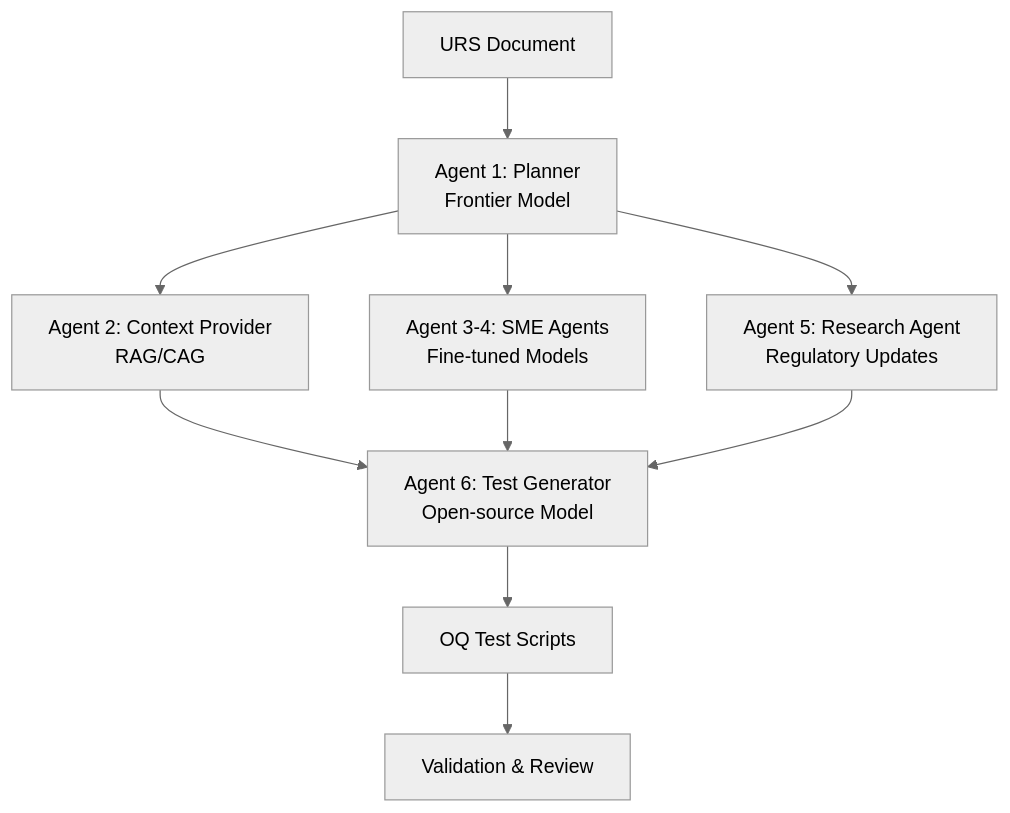
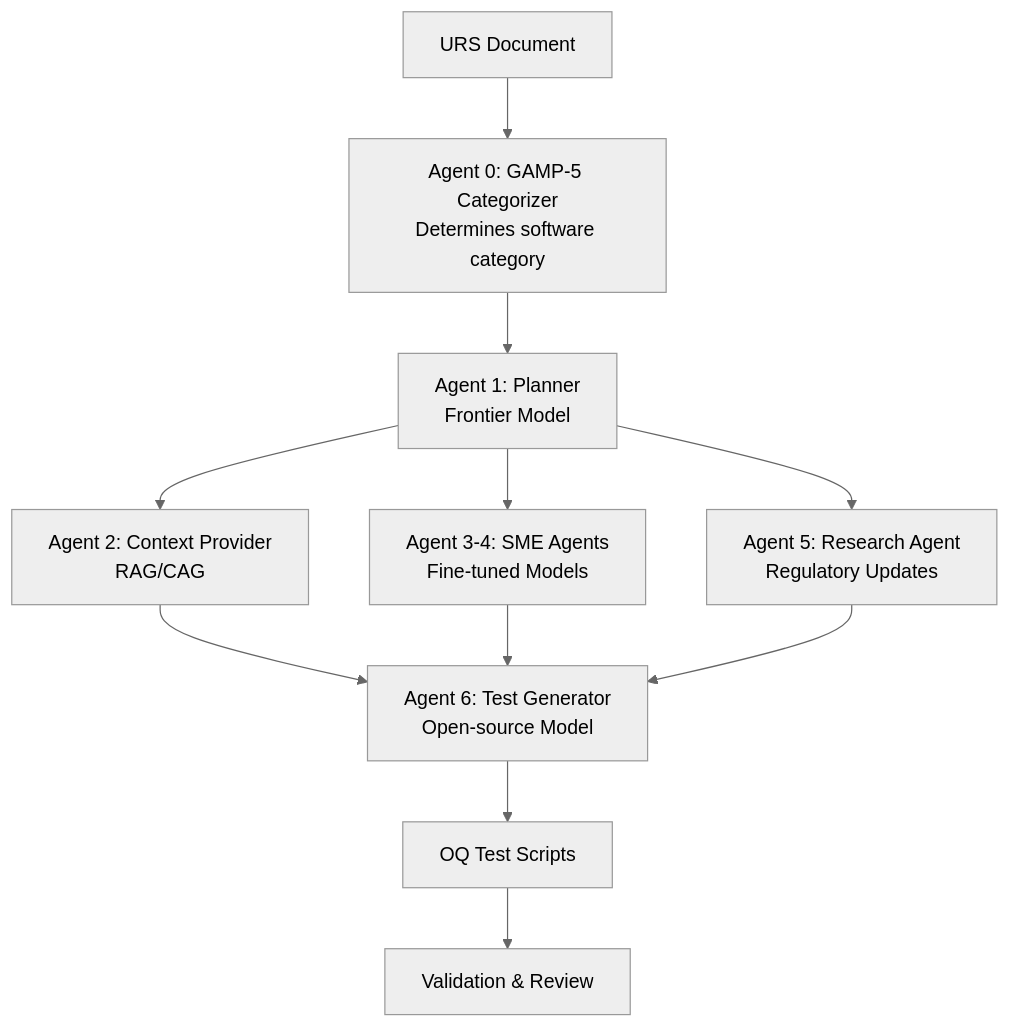
One commit to Danik911/thesis_project changed the diagram in README.md. Above: the diagram before and after it, drawn with Mermaid (neutral theme). The commit also changed other lines of this file and 2 other files, not shown here.

Commit message:
update readme with new architecture

````diff
--- a/README.md
+++ b/README.md
@@ -20,12 +20,13 @@
 ```mermaid
 graph TD
-    A[URS Document] --> B[Agent 1: Planner<br/>Frontier Model]
-    B --> C[Agent 2: Context Provider<br/>RAG/CAG]
-    B --> D[Agent 3-4: SME Agents<br/>Fine-tuned Models]
-    B --> E[Agent 5: Research Agent<br/>Regulatory Updates]
-    C --> F[Agent 6: Test Generator<br/>Open-source Model]
-    D --> F
-    E --> F
-    F --> G[OQ Test Scripts]
-    G --> H[Validation & Review]
+    A[URS Document] --> B[Agent 0: GAMP-5 Categorizer<br/>Determines software category]
+    B --> C[Agent 1: Planner<br/>Frontier Model]
+    C --> D[Agent 2: Context Provider<br/>RAG/CAG]
+    C --> E[Agent 3-4: SME Agents<br/>Fine-tuned Models]
+    C --> F[Agent 5: Research Agent<br/>Regulatory Updates]
+    D --> G[Agent 6: Test Generator<br/>Open-source Model]
+    E --> G
+    F --> G
+    G --> H[OQ Test Scripts]
+    H --> I[Validation & Review]
 ```
````
